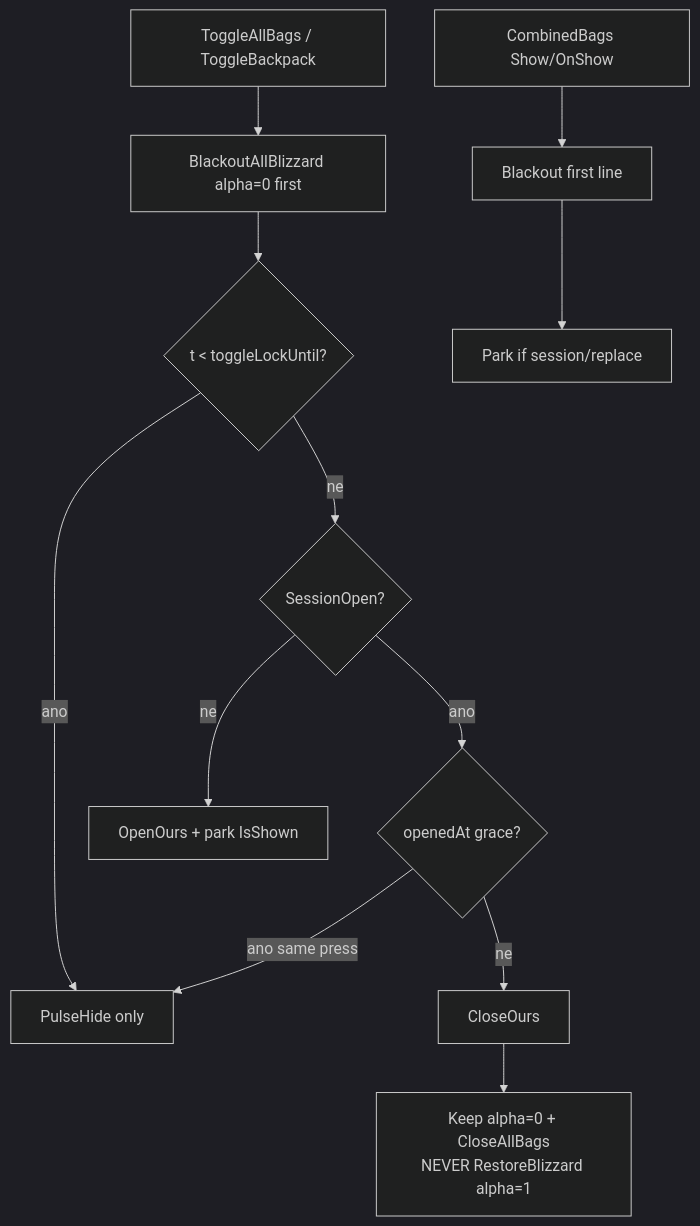
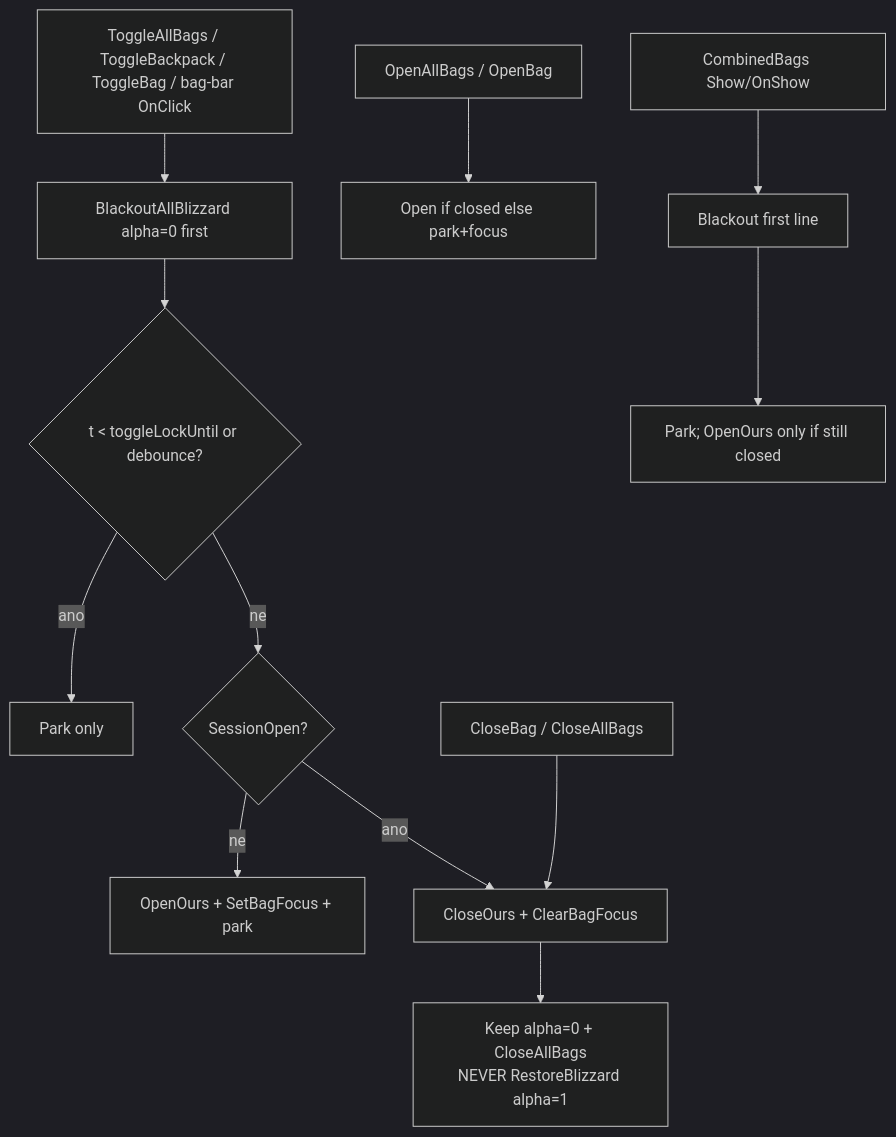
Before and after one commit to sirTurbisCZ/wow-forever-addons: the first of 5 diagrams in addons/BetterBackpack/Docs/loops.md, drawn with Mermaid (dark theme). The commit also changed other lines of this file and 6 other files, not shown here.

First line of the commit message:
BetterBackpack 0.2.5: bag-bar ToggleBag XOR open/close

````diff
--- a/addons/BetterBackpack/Docs/loops.md
+++ b/addons/BetterBackpack/Docs/loops.md
@@ -12,15 +12,15 @@
 ```mermaid
 flowchart TD
-  B[ToggleAllBags / ToggleBackpack]
+  B[ToggleAllBags / ToggleBackpack / ToggleBag / bag-bar OnClick]
   B --> Black[BlackoutAllBlizzard alpha=0 first]
-  Black --> Lock{t < toggleLockUntil?}
-  Lock -->|ano| Pulse[PulseHide only]
+  Black --> Lock{t < toggleLockUntil or debounce?}
+  Lock -->|ano| Pulse[Park only]
   Lock -->|ne| Vis{SessionOpen?}
-  Vis -->|ne| Open[OpenOurs + park IsShown]
-  Vis -->|ano| Grace{openedAt grace?}
-  Grace -->|ano same press| Pulse
-  Grace -->|ne| Close[CloseOurs]
+  Vis -->|ne| Open[OpenOurs + SetBagFocus + park]
+  Vis -->|ano| Close[CloseOurs + ClearBagFocus]
   Close --> Keep0[Keep alpha=0 + CloseAllBags<br/>NEVER RestoreBlizzard alpha=1]
+  OpenOnly[OpenAllBags / OpenBag] --> OpenOrPark[Open if closed else park+focus]
+  CloseAPI[CloseBag / CloseAllBags] --> Close
   OnShow[CombinedBags Show/OnShow] --> BO[Blackout first line]
-  BO --> Park[Park if session/replace]
+  BO --> Park[Park; OpenOurs only if still closed]
 ```
````
